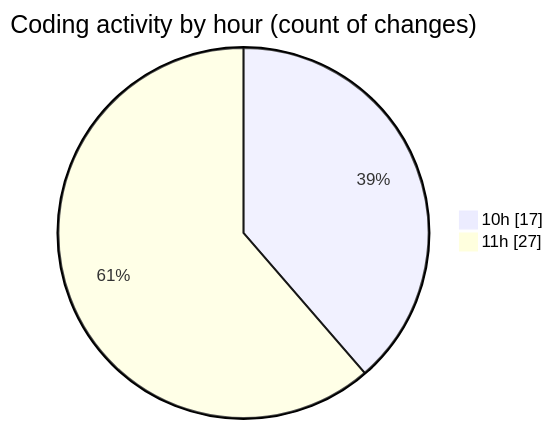
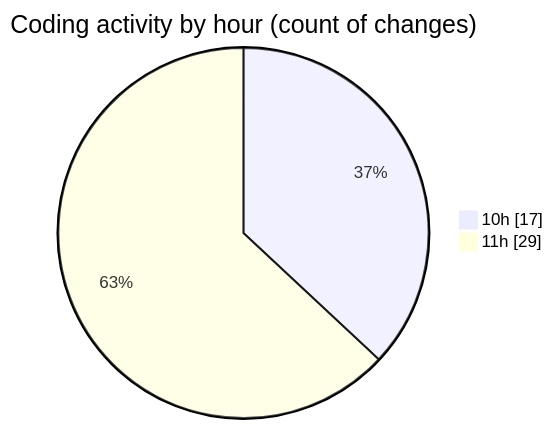
The second of 2 diagrams in 2025-10-06/cda/README.md (momahboobian/code-tracking), drawn with Mermaid before and after one commit. The commit also changed other lines of this file and 1 other file, not shown here.

````diff
--- a/2025-10-06/cda/README.md
+++ b/2025-10-06/cda/README.md
@@ -32,6 +33,6 @@
 ```mermaid
 pie showData
 title Coding activity by hour (count of changes)
 "10h" : 17
-"11h" : 27
+"11h" : 29
 ```
````
